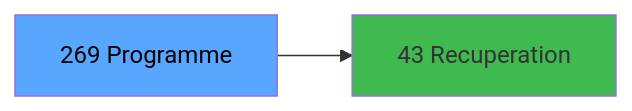
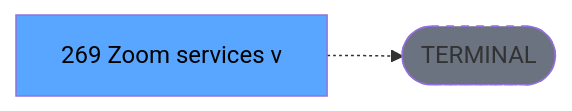
One commit to thonyAGP/lecteur-magic changed the third of 3 diagrams in .openspec/specs/ADH-IDE-269.md. Above: the diagram before and after it, drawn with Mermaid. The commit also changed other lines of this file and 701 other files, not shown here.

````diff
--- a/.openspec/specs/ADH-IDE-269.md
+++ b/.openspec/specs/ADH-IDE-269.md
@@ -152,8 +134,8 @@
 ```mermaid
 graph LR
-    T[269 Programme]
-    C43[43 Recuperation]
-    T --> C43
+    T[269 Zoom services v]
+    TERM([TERMINAL])
+    T -.-> TERM
+    style TERM fill:#6b7280,stroke-dasharray: 5 5
     style T fill:#58a6ff,color:#000
-    style C43 fill:#3fb950
 ```
````
